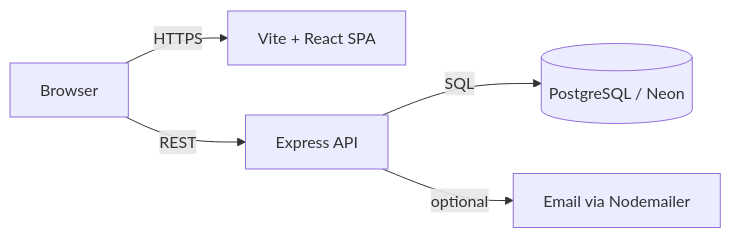
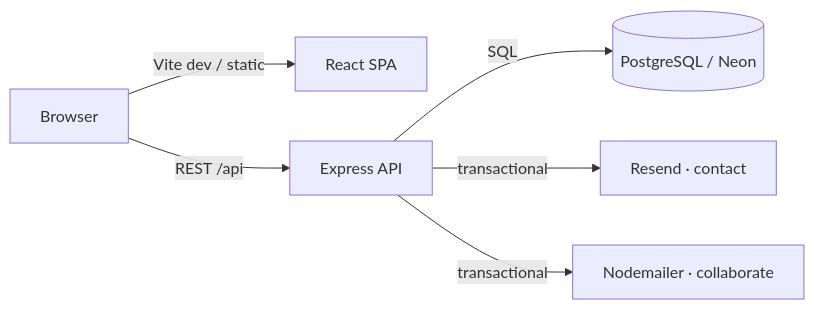
One commit to tomiwaaluko/tomiwaalukov3 changed the diagram in README.md. Above: the diagram before and after it, drawn with Mermaid. The commit also changed other lines of this file and 19 other files, not shown here.

````diff
--- a/README.md
+++ b/README.md
@@ -23,7 +30,8 @@
 ```mermaid
 graph LR
-  Browser[Browser] -->|HTTPS| Vite[Vite + React SPA]
-  Browser -->|REST| API[Express API]
+  Browser[Browser] -->|Vite dev / static| SPA[React SPA]
+  Browser -->|REST /api| API[Express API]
   API -->|SQL| PG[(PostgreSQL / Neon)]
-  API -->|optional| Mail[Email via Nodemailer]
+  API -->|transactional| Resend[Resend · contact]
+  API -->|transactional| Gmail[Nodemailer · collaborate]
 ```
````
